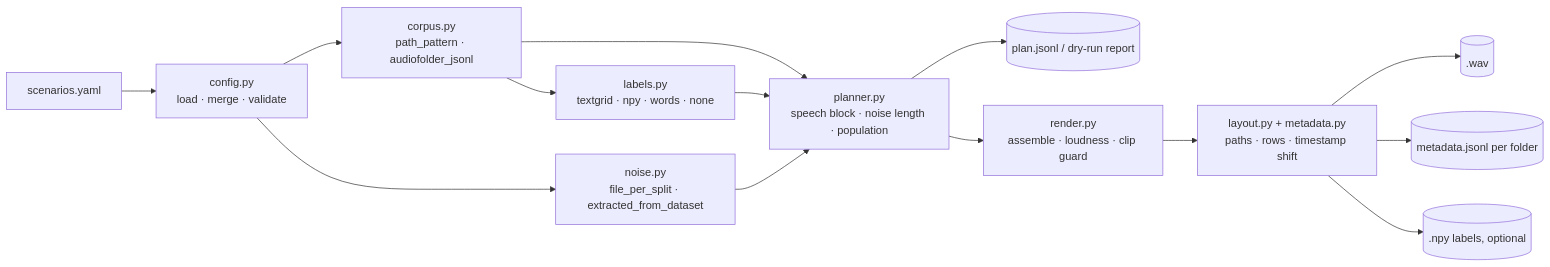
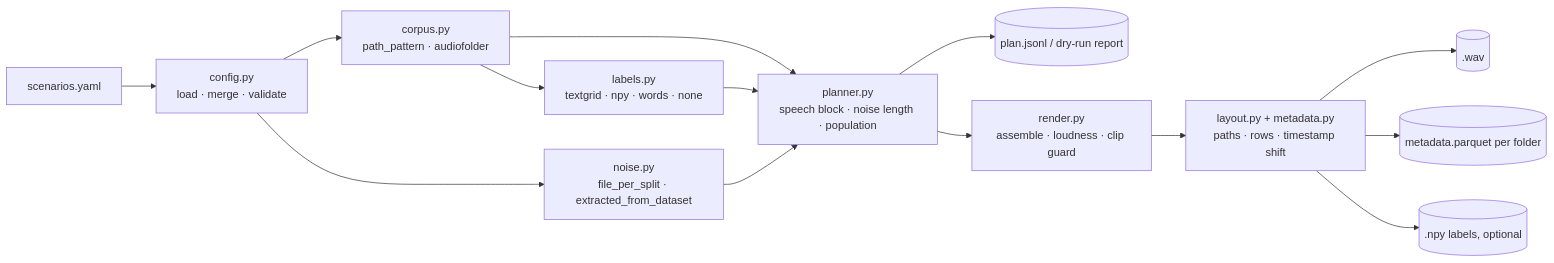
Before and after one commit to antonioMoreira/LibriVAD: the diagram in docs/plans/02-librivad-generalization.md, drawn with Mermaid. The commit also changed other lines of this file and 32 other files, not shown here.

````diff
--- a/docs/plans/02-librivad-generalization.md
+++ b/docs/plans/02-librivad-generalization.md
@@ -114,16 +115,16 @@
 ```mermaid
 flowchart LR
     Y["scenarios.yaml"] --> C["config.py<br/>load · merge · validate"]
-    C --> D["corpus.py<br/>path_pattern · audiofolder_jsonl"]
+    C --> D["corpus.py<br/>path_pattern · audiofolder"]
     D --> L["labels.py<br/>textgrid · npy · words · none"]
     C --> N["noise.py<br/>file_per_split · extracted_from_dataset"]
     D --> P["planner.py<br/>speech block · noise length · population"]
     L --> P
     N --> P
     P --> J[("plan.jsonl / dry-run report")]
     P --> R["render.py<br/>assemble · loudness · clip guard"]
     R --> O["layout.py + metadata.py<br/>paths · rows · timestamp shift"]
     O --> W[(".wav")]
-    O --> M[("metadata.jsonl per folder")]
+    O --> M[("metadata.parquet per folder")]
     O --> Z[(".npy labels, optional")]
 ```
````
